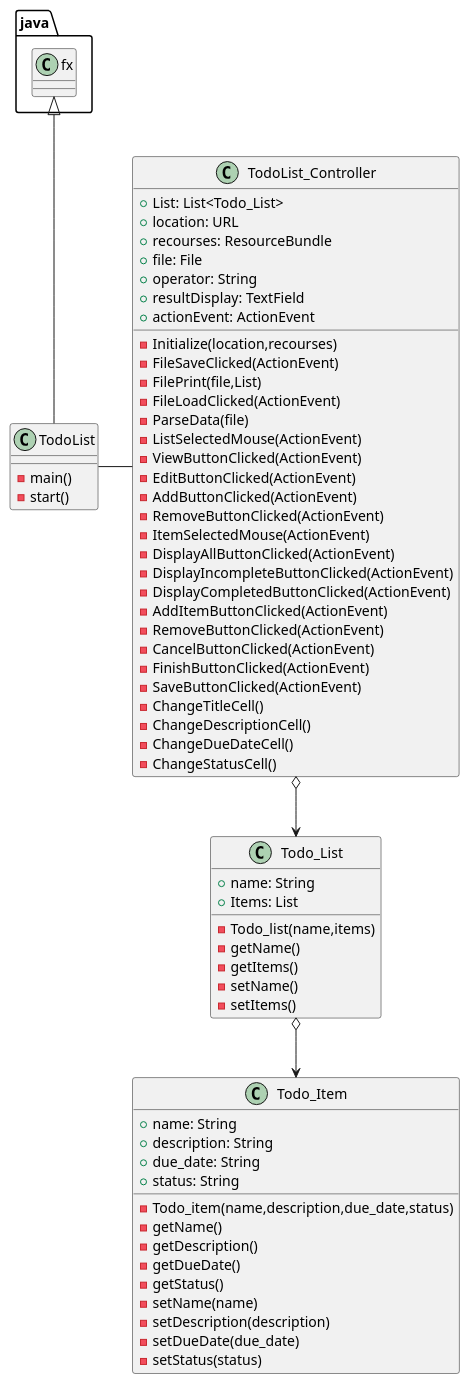
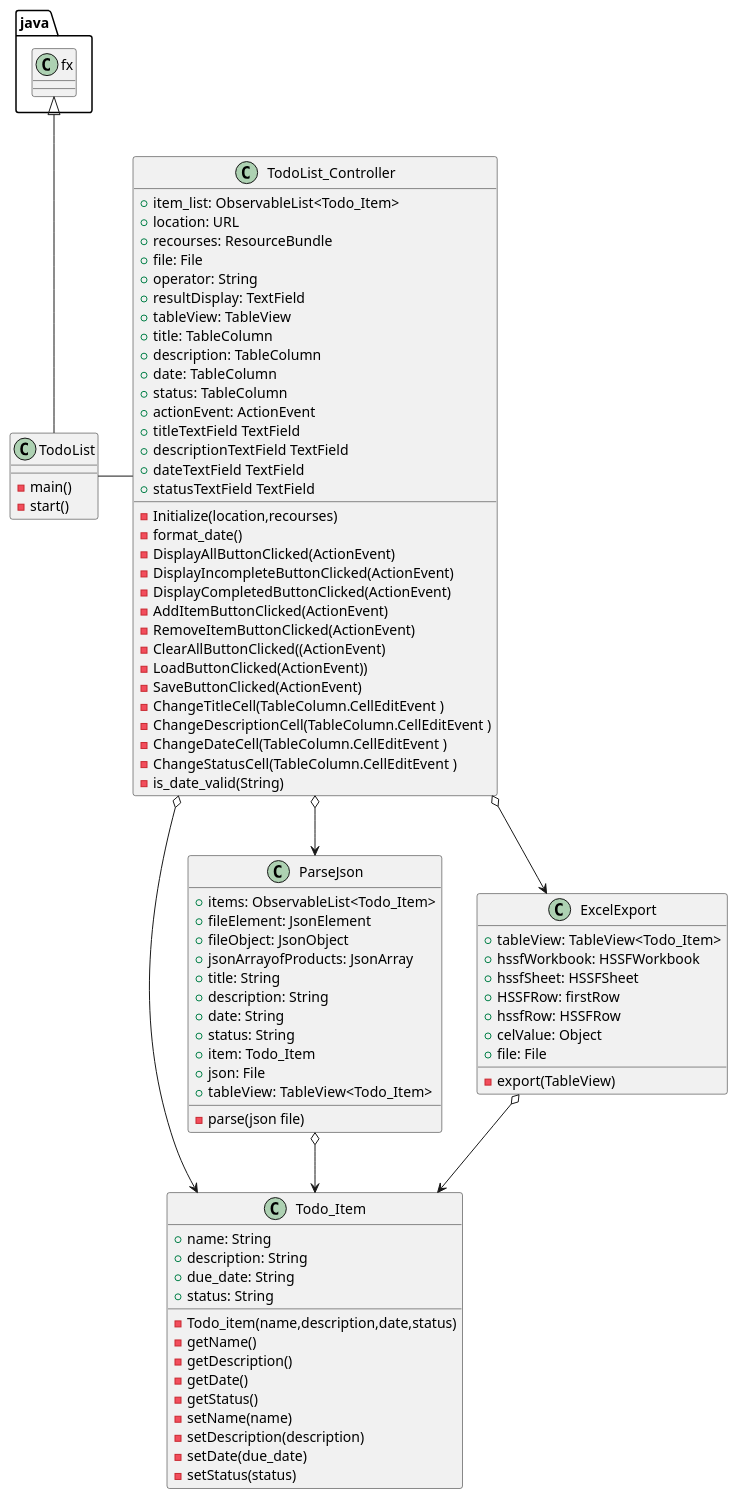
One commit to RobertUriarte/Uriarte-cop3330-assignment4part2 changed the diagram in UML/Todo_List.puml. Above: the diagram before and after it, drawn with PlantUML. The commit also changed 6 other files, not shown here.

Commit message:
Psuedo Code and PlantUML updated

```diff
--- a/UML/Todo_List.puml
+++ b/UML/Todo_List.puml
@@ -1,76 +1,100 @@
 @startuml
 'https://plantuml.com/class-diagram
 
 class TodoList{
     - main()
     - start()
 }
 
 class TodoList_Controller{
-    + List: List<Todo_List>
+    + item_list: ObservableList<Todo_Item>
     + location: URL
     + recourses: ResourceBundle
     + file: File
     + operator: String
     + resultDisplay: TextField
+    + tableView: TableView
+    + title: TableColumn
+    + description: TableColumn
+    + date: TableColumn
+    + status: TableColumn
     + actionEvent: ActionEvent
+    + titleTextField TextField
+    + descriptionTextField TextField
+    + dateTextField TextField
+    + statusTextField TextField
 
     - Initialize(location,recourses)
-    - FileSaveClicked(ActionEvent)
-    - FilePrint(file,List)
-    - FileLoadClicked(ActionEvent)
-    - ParseData(file)
-    - ListSelectedMouse(ActionEvent)
-    - ViewButtonClicked(ActionEvent)
-    - EditButtonClicked(ActionEvent)
-    - AddButtonClicked(ActionEvent)
-    - RemoveButtonClicked(ActionEvent)
-    - ItemSelectedMouse(ActionEvent)
+    - format_date()
     - DisplayAllButtonClicked(ActionEvent)
     - DisplayIncompleteButtonClicked(ActionEvent)
     - DisplayCompletedButtonClicked(ActionEvent)
     - AddItemButtonClicked(ActionEvent)
-    - RemoveButtonClicked(ActionEvent)
-    - CancelButtonClicked(ActionEvent)
-    - FinishButtonClicked(ActionEvent)
+    - RemoveItemButtonClicked(ActionEvent)
+    - ClearAllButtonClicked((ActionEvent)
+    - LoadButtonClicked(ActionEvent))
     - SaveButtonClicked(ActionEvent)
-    - ChangeTitleCell()
-    - ChangeDescriptionCell()
-    - ChangeDueDateCell()
-    - ChangeStatusCell()
+    - ChangeTitleCell(TableColumn.CellEditEvent )
+    - ChangeDescriptionCell(TableColumn.CellEditEvent )
+    - ChangeDateCell(TableColumn.CellEditEvent )
+    - ChangeStatusCell(TableColumn.CellEditEvent )
+    - is_date_valid(String)
 }
 
-class Todo_List{
-    + name: String
-    + Items: List
-
-    - Todo_list(name,items)
-    - getName()
-    - getItems()
-    - setName()
-    - setItems()
-}
 class Todo_Item{
     + name: String
     + description: String
     + due_date: String
     + status: String
 
-    - Todo_item(name,description,due_date,status)
+    - Todo_item(name,description,date,status)
     - getName()
     - getDescription()
-    - getDueDate()
+    - getDate()
     - getStatus()
     - setName(name)
     - setDescription(description)
-    - setDueDate(due_date)
+    - setDate(due_date)
     - setStatus(status)
+}
+
+class ParseJson{
+    + items: ObservableList<Todo_Item>
+    + fileElement: JsonElement
+    + fileObject: JsonObject
+    + jsonArrayofProducts: JsonArray
+    + title: String
+    + description: String
+    + date: String
+    + status: String
+    + item: Todo_Item
+    + json: File
+    + tableView: TableView<Todo_Item>
+
+    - parse(json file)
+}
+
+class ExcelExport{
+    + tableView: TableView<Todo_Item>
+    + hssfWorkbook: HSSFWorkbook
+    + hssfSheet: HSSFSheet
+    + HSSFRow: firstRow
+    + hssfRow: HSSFRow
+    + celValue: Object
+    + file: File
+
+    - export(TableView)
 }
 
 java.fx <|-- TodoList
 
-TodoList_Controller o--> Todo_List
-Todo_List o--> Todo_Item
+TodoList_Controller o--> Todo_Item
+TodoList_Controller o--> ParseJson
+TodoList_Controller o--> ExcelExport
+
+ParseJson o--> Todo_Item
+ExcelExport o--> Todo_Item
+
 
 TodoList - TodoList_Controller
 @enduml
```
